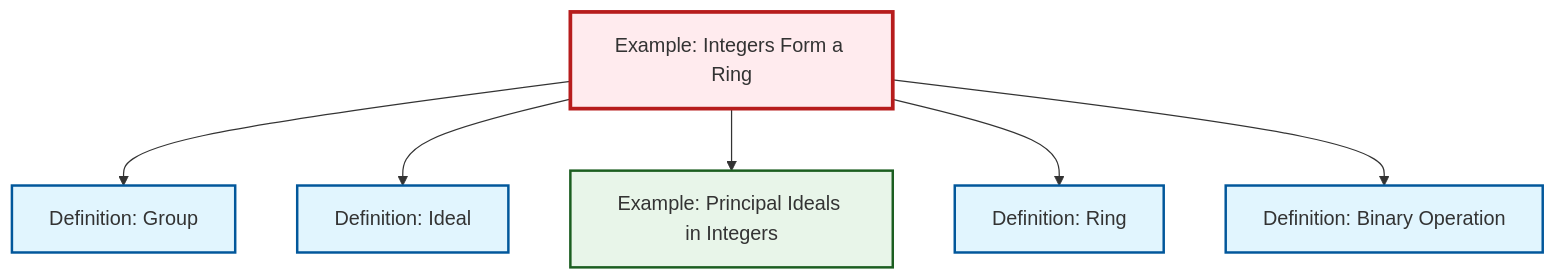
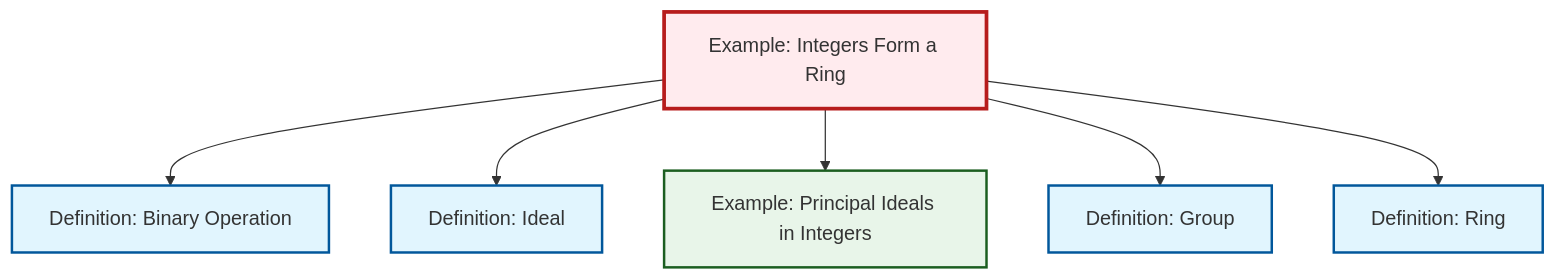
The diagram in content/en/algebra/ex-integers-ring.qmd (RK0429/ModernMath), drawn with Mermaid before and after one commit. The commit also changed other lines of this file and 434 other files, not shown here.

First line of the commit message:
feat: Add polynomial ring definition with comprehensive cross-references

````diff
--- a/content/en/algebra/ex-integers-ring.qmd
+++ b/content/en/algebra/ex-integers-ring.qmd
@@ -63,26 +63,26 @@
 ```{mermaid}
 %%| fig-cap: "Local dependency graph"
 graph TD
     classDef definition fill:#e1f5fe,stroke:#01579b,stroke-width:2px
     classDef theorem fill:#f3e5f5,stroke:#4a148c,stroke-width:2px
     classDef axiom fill:#fff3e0,stroke:#e65100,stroke-width:2px
     classDef example fill:#e8f5e9,stroke:#1b5e20,stroke-width:2px
     classDef current fill:#ffebee,stroke:#b71c1c,stroke-width:3px
-    ex-integers-ring["Example: Integers Form a Ring"]:::example
+    def-ring["Definition: Ring"]:::definition
+    def-group["Definition: Group"]:::definition
     def-binary-operation["Definition: Binary Operation"]:::definition
     ex-principal-ideal["Example: Principal Ideals in Integers"]:::example
+    ex-integers-ring["Example: Integers Form a Ring"]:::example
     def-ideal["Definition: Ideal"]:::definition
-    def-group["Definition: Group"]:::definition
-    def-ring["Definition: Ring"]:::definition
-    ex-integers-ring --> def-group
+    ex-integers-ring --> def-binary-operation
     ex-integers-ring --> def-ideal
     ex-integers-ring --> ex-principal-ideal
+    ex-integers-ring --> def-group
     ex-integers-ring --> def-ring
-    ex-integers-ring --> def-binary-operation
     class ex-integers-ring current
+    click def-ring "def-ring.html" "Go to Ring definition"
+    click def-group "def-group.html" "Go to Group definition"
     click def-binary-operation "def-binary-operation.html" "Go to Binary Operation definition"
     click ex-principal-ideal "ex-principal-ideal.html" "Go to Principal Ideals in Integers example"
     click def-ideal "def-ideal.html" "Go to Ideal definition"
-    click def-group "def-group.html" "Go to Group definition"
-    click def-ring "def-ring.html" "Go to Ring definition"
 ```
````
